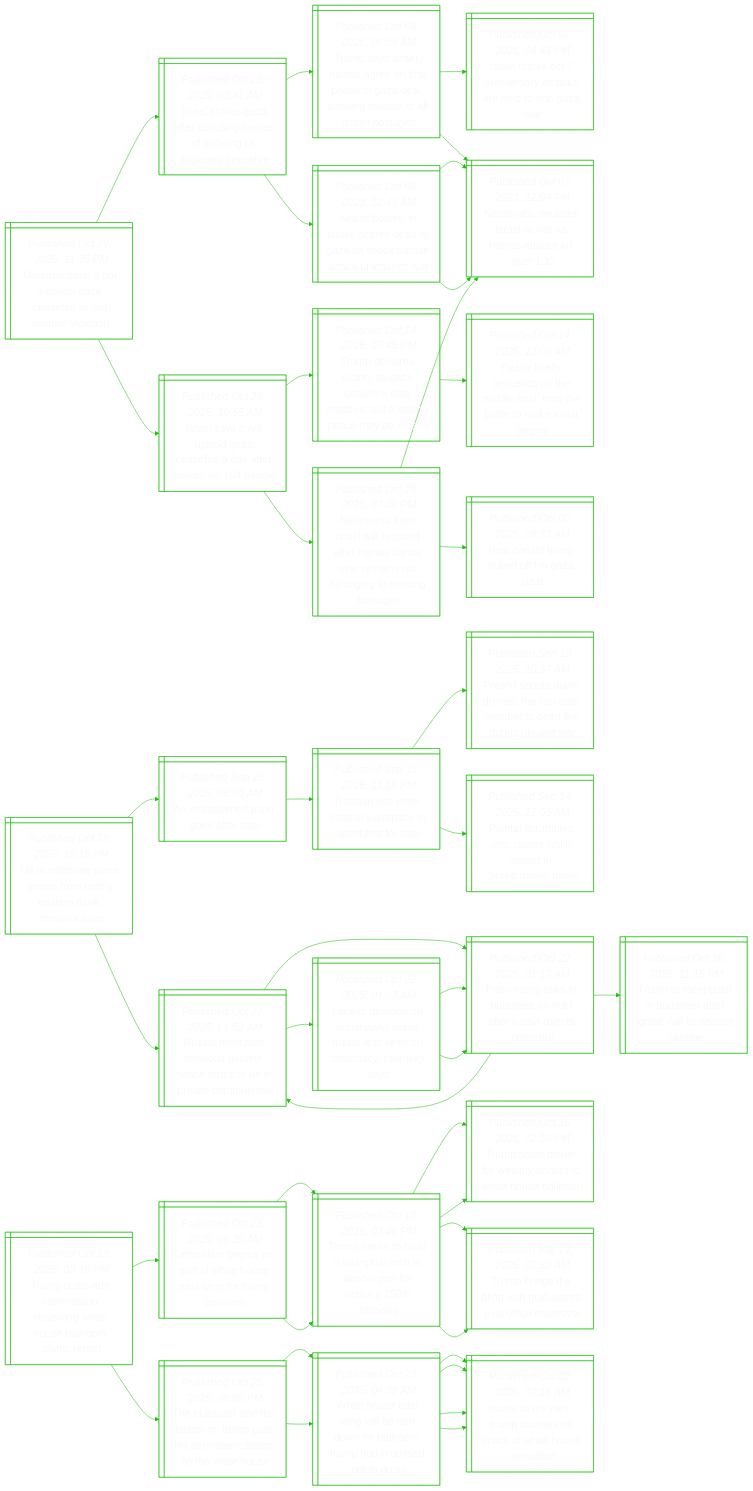
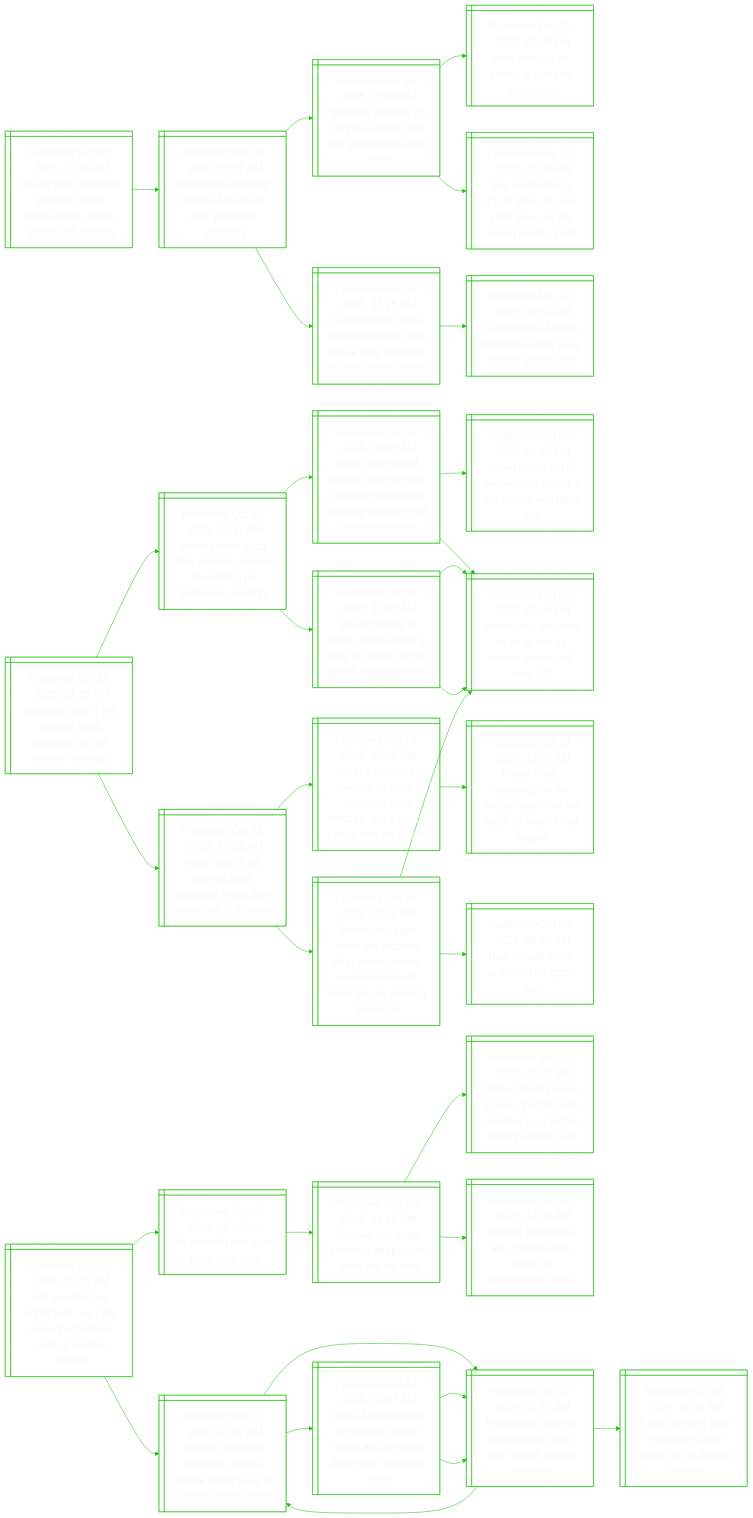
The diagram in README.md (notJmes/notJmes), drawn with Mermaid before and after one commit. The commit also changed other lines of this file, not shown here.

````diff
--- a/README.md
+++ b/README.md
@@ -15,6 +15,28 @@
 %%{init: {'theme':'base', 'themeVariables': {'primaryColor': "transparent", 'primaryTextColor': "#F9F9F9", 'lineColor': "#20C20E", 'primaryBorderColor':'#20C20E'}}}%%
 flowchart LR
 classDef txtsize font-size:20px;
+
+Letealmvmtjsli@{ shape: win-pane, label: "_Published Oct 30, 2025, 12:40 AM_
+Louvre heist suspects ‘partially admit’ involvement, stolen jewels still missing" }
+Ptineluiisey@{ shape: win-pane, label: "_Published Oct 19, 2025, 05:51 PM_
+Power tool-wielding thieves flee louvre with ‘priceless’ jewellery" }
+GpboiPoidaes@{ shape: win-pane, label: "_Published Apr 28, 2025, 01:06 PM_
+‘grandpa robbers’ go on trial in paris over kim kardashian jewel heist" }
+NegaTrah@{ shape: win-pane, label: "_Published Feb 20, 2025, 01:00 PM_
+Nike bets big on reality tv star kim kardashian" }
+Kriinucneida@{ shape: win-pane, label: "_Published May 17, 2023, 12:00 PM_
+Kim kardashian's $1.34 billion buyout pitch leans on her social media reach" }
+Gpssofemmnsrt@{ shape: win-pane, label: "_Published Jun 02, 2025, 11:15 PM_
+Greenpeace steals $59,000 macron wax figure from museum for anti-russia protest" }
+GpmglnolN@{ shape: win-pane, label: "_Published Mar 21, 2025, 02:52 PM_
+Greenpeace $880m damages ruling in us shocks global ngos" }
+
+Letealmvmtjsli:::txtsize --> Ptineluiisey:::txtsize
+Ptineluiisey:::txtsize --> GpboiPoidaes:::txtsize
+GpboiPoidaes:::txtsize --> NegaTrah:::txtsize
+GpboiPoidaes:::txtsize --> Kriinucneida:::txtsize
+Ptineluiisey:::txtsize --> Gpssofemmnsrt:::txtsize
+Gpssofemmnsrt:::txtsize --> GpmglnolN:::txtsize
 
 MttMczsespii@{ shape: win-pane, label: "_Published Oct 29, 2025, 11:35 PM_
 Mediator qatar’s pm expects gaza ceasefire to last despite ‘violation’" }
@@ -59,8 +81,8 @@
 NyarisaHhoeseimnt:::txtsize --> NyeeawHakl:::txtsize
 NyarisaHhoeseimnt:::txtsize --> Hnruosd:::txtsize
 
-Uiaepmseams@{ shape: win-pane, label: "_Published Oct 29, 2025, 10:15 PM_
-Us to withdraw some troops from nato’s eastern flank, romania says" }
+NActwpsrfafer@{ shape: win-pane, label: "_Published Oct 29, 2025, 10:15 PM_
+‘not an american withdrawal’: us pulls some troops from parts of eastern europe" }
 Aoeisr@{ shape: win-pane, label: "_Published Sep 23, 2025, 05:00 AM_
 An emboldened putin goes after nato" }
 Rasrnicatoo@{ shape: win-pane, label: "_Published Sep 19, 2025, 11:15 PM_
@@ -84,11 +106,11 @@
 PTtiaodrieei@{ shape: win-pane, label: "_Published Oct 22, 2025, 01:12 AM_
 Putin-trump talks in budapest on hold after russia rejects ceasefire" }
 
-Uiaepmseams:::txtsize --> Aoeisr:::txtsize
+NActwpsrfafer:::txtsize --> Aoeisr:::txtsize
 Aoeisr:::txtsize --> Rasrnicatoo:::txtsize
 Rasrnicatoo:::txtsize --> PdtnefNetndgir:::txtsize
 Rasrnicatoo:::txtsize --> PdmjlLnopnve:::txtsize
-Uiaepmseams:::txtsize --> Raedikeesivoi:::txtsize
+NActwpsrfafer:::txtsize --> Raedikeesivoi:::txtsize
 Raedikeesivoi:::txtsize --> PTtiaodrieei:::txtsize
 PTtiaodrieei:::txtsize --> Tttndtrttcke:::txtsize
 PTtiaodrieei:::txtsize --> Raedikeesivoi:::txtsize
@@ -96,50 +118,4 @@
 Lfsnhmuledmeks:::txtsize --> PTtiaodrieei:::txtsize
 Lfsnhmuledmeks:::txtsize --> PTtiaodrieei:::txtsize
 
-Toaoseiiulmsr@{ shape: win-pane, label: "_Published Oct 29, 2025, 09:48 PM_
-Trump ousts arts commission reviewing white house ballroom plans: report" }
-DibsrhoanTbo@{ shape: win-pane, label: "_Published Oct 21, 2025, 06:35 AM_
-Demolition begins on part of white house east wing for trump ballroom" }
-Tstliahstrobd@{ shape: win-pane, label: "_Published Oct 18, 2025, 03:45 PM_
-Trump seeks to build a triumphal arch in washington for nation’s 250th birthday" }
-Thdreyrhoao@{ shape: win-pane, label: "_Published Oct 16, 2025, 12:50 PM_
-Trump hosts dinner for wealthy donors to white house ballroom" }
-Tbsliltaikr@{ shape: win-pane, label: "_Published Mar 21, 2025, 02:32 AM_
-Trump brings the bling with gold-plated oval office makeover" }
-Tstliahstrobd@{ shape: win-pane, label: "_Published Oct 18, 2025, 03:45 PM_
-Trump seeks to build a triumphal arch in washington for nation’s 250th birthday" }
-Thdreyrhoao@{ shape: win-pane, label: "_Published Oct 16, 2025, 12:50 PM_
-Trump hosts dinner for wealthy donors to white house ballroom" }
-Tbsliltaikr@{ shape: win-pane, label: "_Published Mar 21, 2025, 02:32 AM_
-Trump brings the bling with gold-plated oval office makeover" }
-Tletlmphrnmhts@{ shape: win-pane, label: "_Published Oct 25, 2025, 08:05 PM_
-The bulldozer and the ballroom: trump puts his permanent stamp on the white house" }
-WHEilowboudioo@{ shape: win-pane, label: "_Published Oct 23, 2025, 04:39 AM_
-White house east wing will be torn down for ballroom, trump had promised not to do so" }
-Mtauuoiotsoo@{ shape: win-pane, label: "_Published Oct 22, 2025, 07:16 AM_
-‘music to my ears’: trump brushes off critics of white house demolition" }
-Mtauuoiotsoo@{ shape: win-pane, label: "_Published Oct 22, 2025, 07:16 AM_
-‘music to my ears’: trump brushes off critics of white house demolition" }
-WHEilowboudioo@{ shape: win-pane, label: "_Published Oct 23, 2025, 04:39 AM_
-White house east wing will be torn down for ballroom, trump had promised not to do so" }
-Mtauuoiotsoo@{ shape: win-pane, label: "_Published Oct 22, 2025, 07:16 AM_
-‘music to my ears’: trump brushes off critics of white house demolition" }
-Mtauuoiotsoo@{ shape: win-pane, label: "_Published Oct 22, 2025, 07:16 AM_
-‘music to my ears’: trump brushes off critics of white house demolition" }
-
-Toaoseiiulmsr:::txtsize --> DibsrhoanTbo:::txtsize
-DibsrhoanTbo:::txtsize --> Tstliahstrobd:::txtsize
-Tstliahstrobd:::txtsize --> Thdreyrhoao:::txtsize
-Tstliahstrobd:::txtsize --> Tbsliltaikr:::txtsize
-DibsrhoanTbo:::txtsize --> Tstliahstrobd:::txtsize
-Tstliahstrobd:::txtsize --> Thdreyrhoao:::txtsize
-Tstliahstrobd:::txtsize --> Tbsliltaikr:::txtsize
-Toaoseiiulmsr:::txtsize --> Tletlmphrnmhts:::txtsize
-Tletlmphrnmhts:::txtsize --> WHEilowboudioo:::txtsize
-WHEilowboudioo:::txtsize --> Mtauuoiotsoo:::txtsize
-WHEilowboudioo:::txtsize --> Mtauuoiotsoo:::txtsize
-Tletlmphrnmhts:::txtsize --> WHEilowboudioo:::txtsize
-WHEilowboudioo:::txtsize --> Mtauuoiotsoo:::txtsize
-WHEilowboudioo:::txtsize --> Mtauuoiotsoo:::txtsize
-
 ```
````
